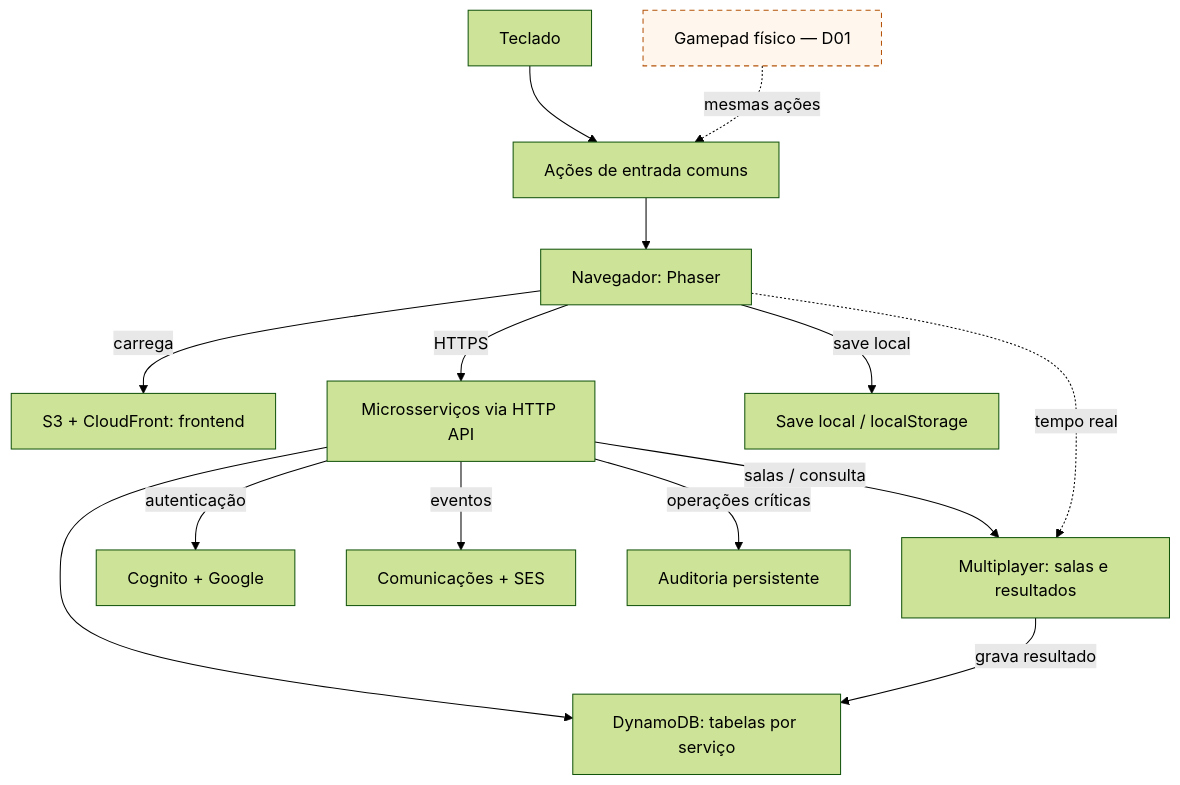
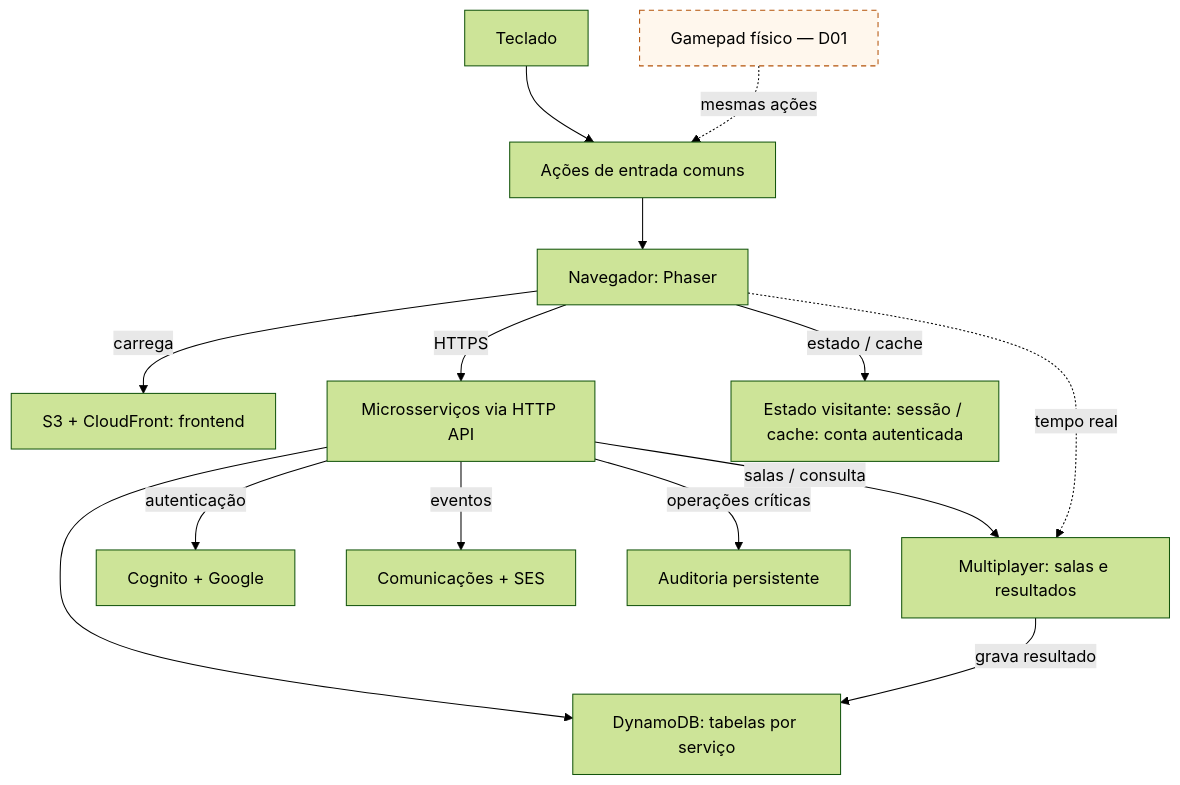
Before and after one commit to ViViJp/jogo-projeto-topicos-especiais: the third of 8 diagrams in isn/docs/sprint1/05-diagramas-de-blocos.md, drawn with Mermaid (forest theme). The commit also changed other lines of this file and 16 other files, not shown here.

````diff
--- a/isn/docs/sprint1/05-diagramas-de-blocos.md
+++ b/isn/docs/sprint1/05-diagramas-de-blocos.md
@@ -122,30 +122,30 @@
 ```mermaid
 flowchart TD
   teclado["Teclado"]
   pad["Gamepad físico — D01"]
   static["S3 + CloudFront: frontend"]
   input["Ações de entrada comuns"]
   browser["Navegador: Phaser"]
   api["Microsserviços via HTTP API"]
-  local["Save local / localStorage"]
+  local["Estado visitante: sessão / cache: conta autenticada"]
   multi["Multiplayer: salas e resultados"]
   db["DynamoDB: tabelas por serviço"]
   google["Cognito + Google"]
   notify["Comunicações + SES"]
   audit["Auditoria persistente"]
   teclado --> input
   pad -.->|"mesmas ações"| input
   input --> browser
   browser -->|"carrega"| static
   browser -->|"HTTPS"| api
-  browser -->|"save local"| local
+  browser -->|"estado / cache"| local
   browser -.->|"tempo real"| multi
   api --> db
   api -->|"autenticação"| google
   api -->|"eventos"| notify
   api -->|"operações críticas"| audit
   api -->|"salas / consulta"| multi
   multi -->|"grava resultado"| db
   classDef pending fill:#fff7ed,stroke:#b45309,stroke-dasharray:5 4
   class pad pending
 ```
````
